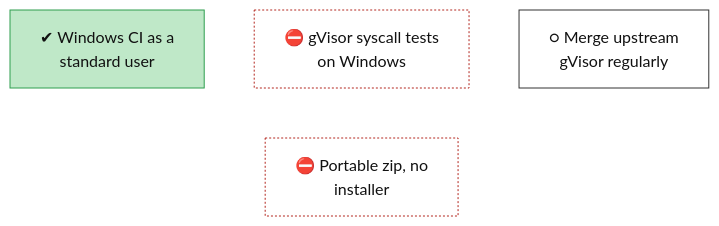
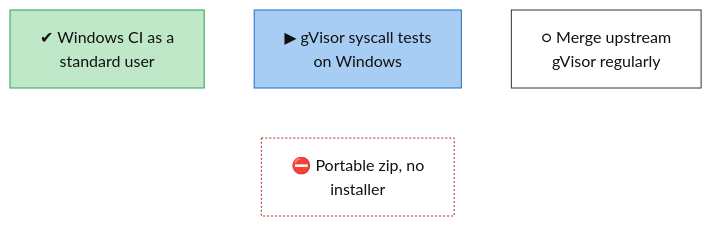
Before and after one commit to lhns/gvisor-windows: the diagram in docs/roadmap/tracks/ops.md, drawn with Mermaid. The commit also changed other lines of this file and 4 other files, not shown here.

Commit message:
Start memory release and the syscall test suite on Windows

````diff
--- a/docs/roadmap/tracks/ops.md
+++ b/docs/roadmap/tracks/ops.md
@@ -10,27 +10,28 @@
 ```mermaid
 flowchart TB
     ops_windows_ci_standard_user["✔ Windows CI as a<br/>standard user"]
-    ops_syscall_tests_on_windows["⛔ gVisor syscall tests<br/>on Windows"]
+    ops_syscall_tests_on_windows["▶ gVisor syscall tests<br/>on Windows"]
     ops_upstream_merges["○ Merge upstream<br/>gVisor regularly"]
     ops_portable_packaging["⛔ Portable zip, no<br/>installer"]
     ops_windows_ci_standard_user ~~~ ops_portable_packaging
     ops_syscall_tests_on_windows ~~~ ops_portable_packaging
     ops_upstream_merges ~~~ ops_portable_packaging
     classDef vsucc fill:#2e9e4f,stroke:#1b6b34,color:#fff
     classDef succ fill:#bfe8c8,stroke:#2e9e4f,color:#111
     classDef mixed fill:#ffd37a,stroke:#c98a00,color:#111
     classDef bad fill:#f28b82,stroke:#b3261e,color:#111
     classDef dead fill:#e6e6e6,stroke:#777,stroke-dasharray:5 5,color:#555
     classDef inprog fill:#a8cdf5,stroke:#1f6fc5,color:#111
     classDef next fill:#fff,stroke:#333,color:#111
     classDef blocked fill:#fff,stroke:#b3261e,stroke-dasharray:2 2,color:#111
     classDef parked fill:#f3f3f3,stroke:#999,color:#555
     classDef unrated fill:#fff,stroke:#333,stroke-dasharray:1 3,color:#111
     classDef gate fill:#d9c2f0,stroke:#7b3fb5,color:#111
     classDef decided fill:#ece0f7,stroke:#7b3fb5,stroke-dasharray:2 2,color:#111
     classDef finding fill:#ffe0b2,stroke:#d84315,stroke-width:2px,color:#111
     classDef waiting fill:#e3f2fd,stroke:#1f6fc5,stroke-dasharray:5 5,color:#111
     class ops_windows_ci_standard_user succ
-    class ops_syscall_tests_on_windows,ops_portable_packaging blocked
+    class ops_syscall_tests_on_windows inprog
     class ops_upstream_merges next
+    class ops_portable_packaging blocked
 ```
````
